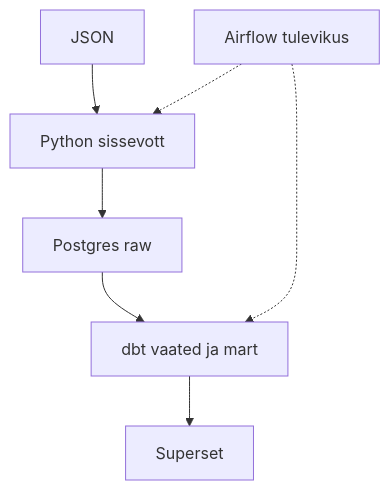
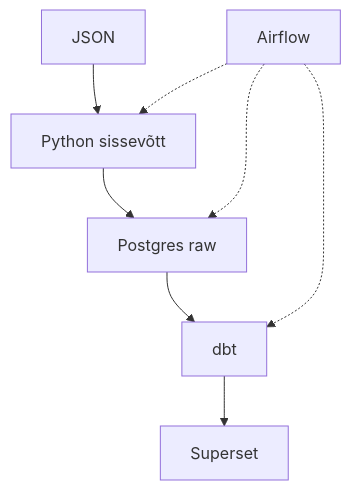
The diagram in README.md (eu-merger-cases-analytics/eu-merger-arbitration-pipeline), drawn with Mermaid before and after one commit. The commit also changed other lines of this file and 22 other files, not shown here.

````diff
--- a/README.md
+++ b/README.md
@@ -31,13 +31,14 @@
 ```mermaid
 flowchart TB
     ec[JSON]
-    py[Python sissevott]
+    py[Python sissevõtt]
     raw[Postgres raw]
-    dbt[dbt vaated ja mart]
+    dbt[dbt]
     ss[Superset]
-    af[Airflow tulevikus]
+    af[Airflow]
 
     ec --> py --> raw --> dbt --> ss
     af -.-> py
+    af -.-> raw
     af -.-> dbt
 ```
````
